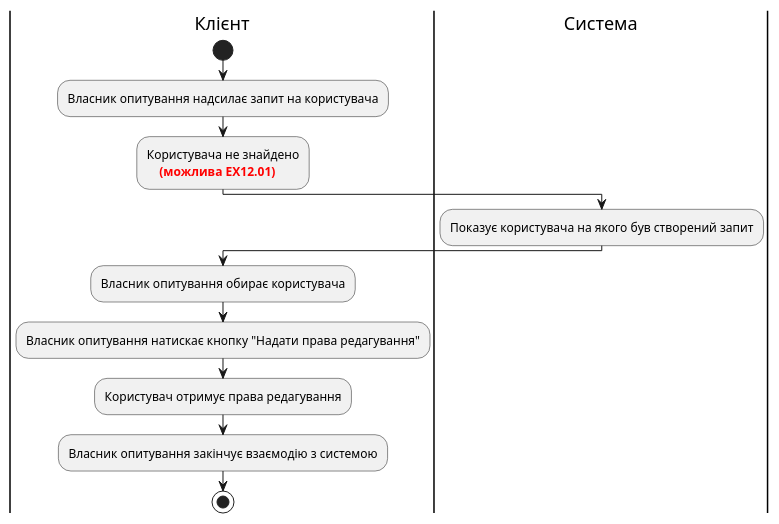
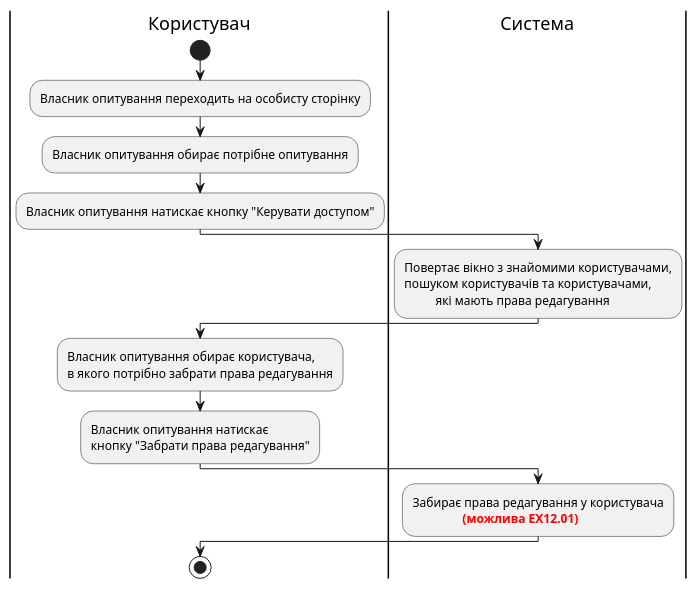
Diagram 16 of 16 in docs/use cases/README.md (edu-db/edu_db_labs), drawn with PlantUML before and after one commit. The commit also changed other lines of this file, not shown here.

```diff
--- a/docs/use cases/README.md
+++ b/docs/use cases/README.md
@@ -500,19 +502,22 @@
 @startuml
 
-|Клієнт|
+|Користувач|
 start;
-:Власник опитування надсилає запит на користувача;
-:Користувача не знайдено\n    <font color="red"><b>(можлива ЕХ12.01);
+:Власник опитування переходить на особисту сторінку;
+:Власник опитування обирає потрібне опитування;
+:Власник опитування натискає кнопку "Керувати доступом";
 
 |Система|
-:Показує користувача на якого був створений запит;
+:Повертає вікно з знайомими користувачами,\nпошуком користувачів та користувачами,\n\t  які мають права редагування;
 
-|Клієнт|
-:Власник опитування обирає користувача;
-:Власник опитування натискає кнопку "Надати права редагування";
-:Користувач отримує права редагування;
-:Власник опитування закінчує взаємодію з системою;
+|Користувач|
+:Власник опитування обирає користувача,\nв якого потрібно забрати права редагування;
+:Власник опитування натискає\nкнопку "Забрати права редагування";
 
+|Система|
+:Забирає права редагування у користувача\n\t\t<font color="red"><b>(можлива ЕХ12.01);
+
+|Користувач|
 stop;
 
 @enduml
```
